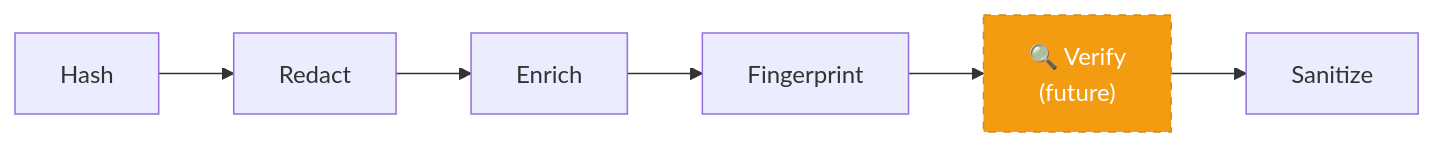
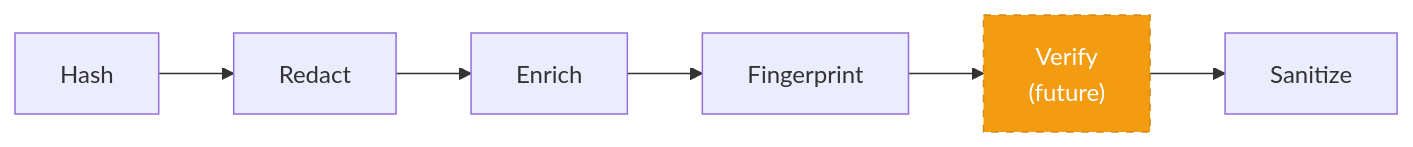
Diagram 36 of 41 in docs/training/02-secure-hashing-metadata-pipeline.md (svemulapati/CredVigil), drawn with Mermaid before and after one commit. The commit also changed other lines of this file, not shown here.

````diff
--- a/docs/training/02-secure-hashing-metadata-pipeline.md
+++ b/docs/training/02-secure-hashing-metadata-pipeline.md
@@ -1202,9 +1770,9 @@
 ```mermaid
 flowchart LR
     A["Hash"] --> B["Redact"]
     B --> C["Enrich"]
     C --> D["Fingerprint"]
-    D --> E["🔍 Verify\n(future)"]
+    D --> E["Verify\n(future)"]
     E --> F["Sanitize"]
     style E fill:#F39C12,stroke:#D68910,color:#fff,stroke-dasharray: 5 5
 ```
````
